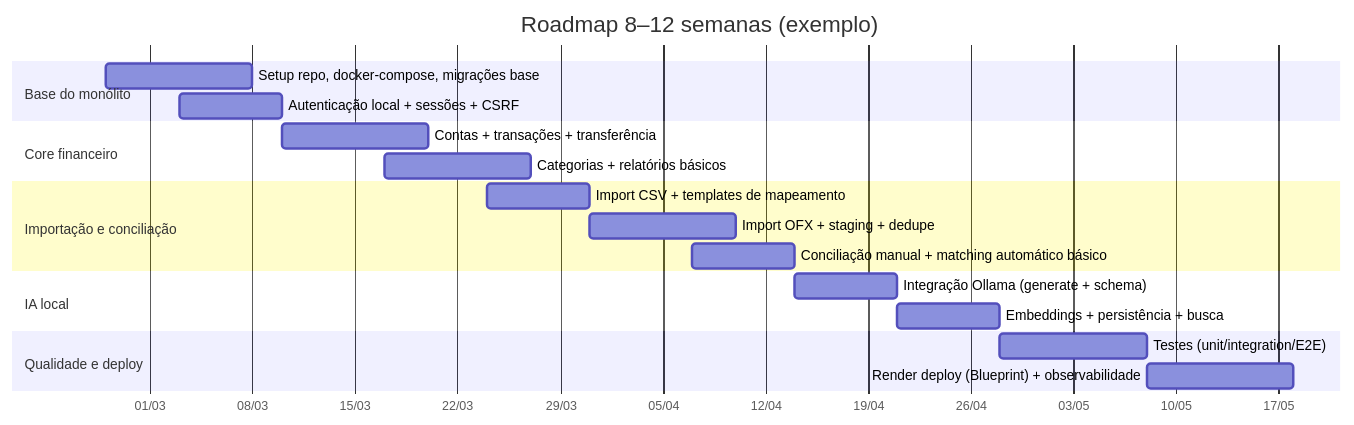
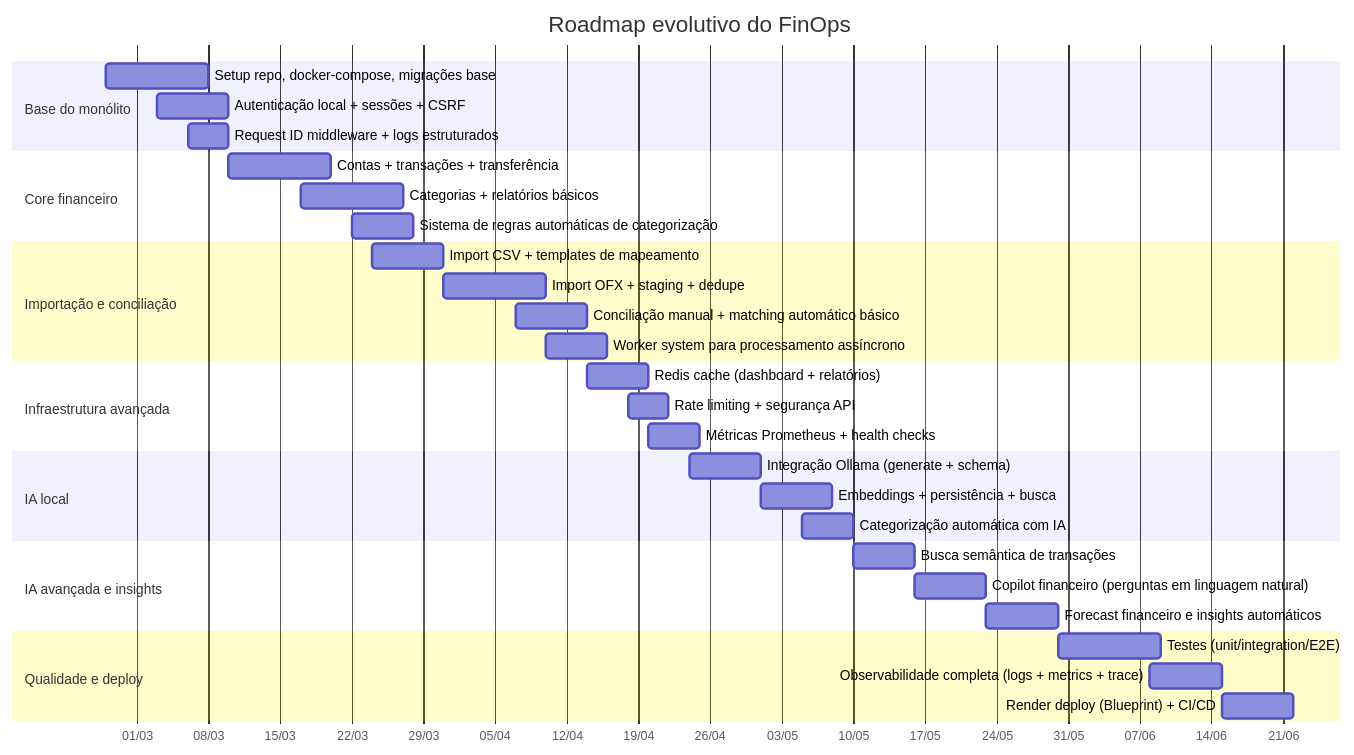
Before and after one commit to JoaoRafa19/finops: the diagram in README.md, drawn with Mermaid. The commit also changed other lines of this file and 41 other files, not shown here.

````diff
--- a/README.md
+++ b/README.md
@@ -4,27 +6,42 @@
 ```mermaid
 gantt
-  title Roadmap 8–12 semanas (exemplo)
+  title Roadmap evolutivo do FinOps
   dateFormat  YYYY-MM-DD
   axisFormat  %d/%m
 
   section Base do monólito
   Setup repo, docker-compose, migrações base        :a1, 2026-02-26, 10d
   Autenticação local + sessões + CSRF               :a2, 2026-03-03, 7d
+  Request ID middleware + logs estruturados         :a3, 2026-03-06, 4d
 
   section Core financeiro
   Contas + transações + transferência               :b1, 2026-03-10, 10d
   Categorias + relatórios básicos                   :b2, 2026-03-17, 10d
+  Sistema de regras automáticas de categorização    :b3, 2026-03-22, 6d
 
   section Importação e conciliação
   Import CSV + templates de mapeamento              :c1, 2026-03-24, 7d
   Import OFX + staging + dedupe                     :c2, 2026-03-31, 10d
   Conciliação manual + matching automático básico   :c3, 2026-04-07, 7d
+  Worker system para processamento assíncrono       :c4, 2026-04-10, 6d
+
+  section Infraestrutura avançada
+  Redis cache (dashboard + relatórios)              :d1, 2026-04-14, 6d
+  Rate limiting + segurança API                     :d2, 2026-04-18, 4d
+  Métricas Prometheus + health checks               :d3, 2026-04-20, 5d
 
   section IA local
-  Integração Ollama (generate + schema)             :d1, 2026-04-14, 7d
-  Embeddings + persistência + busca                 :d2, 2026-04-21, 7d
+  Integração Ollama (generate + schema)             :e1, 2026-04-24, 7d
+  Embeddings + persistência + busca                 :e2, 2026-05-01, 7d
+  Categorização automática com IA                   :e3, 2026-05-05, 5d
+
+  section IA avançada e insights
+  Busca semântica de transações                     :f1, 2026-05-10, 6d
+  Copilot financeiro (perguntas em linguagem natural):f2, 2026-05-16, 7d
+  Forecast financeiro e insights automáticos        :f3, 2026-05-23, 7d
 
   section Qualidade e deploy
-  Testes (unit/integration/E2E)                     :e1, 2026-04-28, 10d
-  Render deploy (Blueprint) + observabilidade       :e2, 2026-05-08, 10d
+  Testes (unit/integration/E2E)                     :g1, 2026-05-30, 10d
+  Observabilidade completa (logs + metrics + trace) :g2, 2026-06-08, 7d
+  Render deploy (Blueprint) + CI/CD                 :g3, 2026-06-15, 7d
 ```
````
